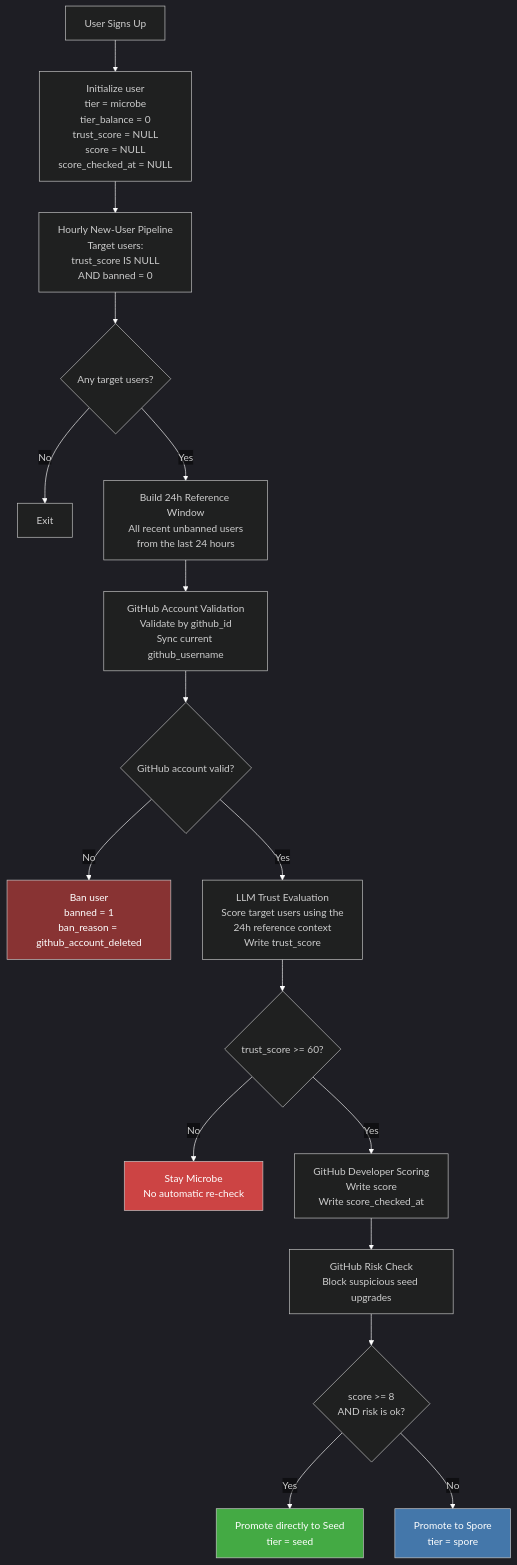
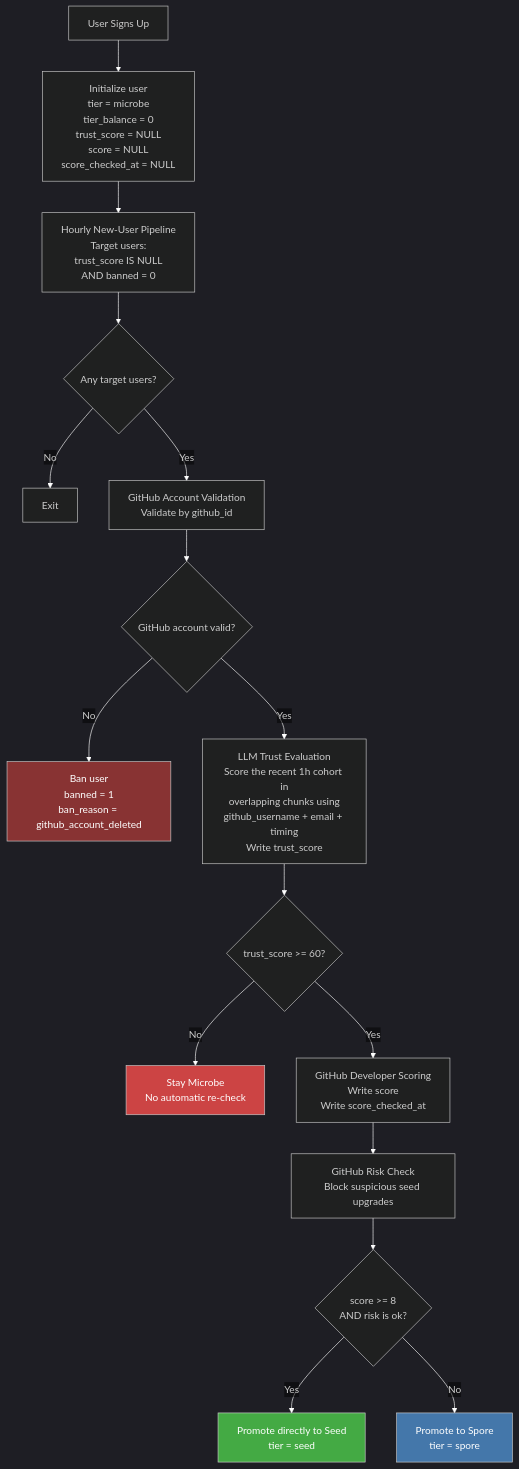
One commit to pollinations/pollinations changed the first of 2 diagrams in enter.pollinations.ai/scripts/user-pipeline/README.md. Above: the diagram before and after it, drawn with Mermaid. The commit also changed other lines of this file and 30 other files, not shown here.

````diff
--- a/enter.pollinations.ai/scripts/user-pipeline/README.md
+++ b/enter.pollinations.ai/scripts/user-pipeline/README.md
@@ -71,56 +63,52 @@
 ```mermaid
 %%{init: {'theme': 'dark', 'themeVariables': {'lineColor': '#ffffff', 'edgeLabelBackground': 'transparent'}}}%%
 flowchart TD
     A["User Signs Up"] --> B["Initialize user
 tier = microbe
 tier_balance = 0
 trust_score = NULL
 score = NULL
 score_checked_at = NULL"]
 
     B --> C["Hourly New-User Pipeline
 Target users:
 trust_score IS NULL
 AND banned = 0"]
 
     C --> D{"Any target users?"}
     D -->|No| E["Exit"]
-    D -->|Yes| F["Build 24h Reference Window
-All recent unbanned users
-from the last 24 hours"]
-
-    F --> G["GitHub Account Validation
-Validate by github_id
-Sync current github_username"]
+    D -->|Yes| G["GitHub Account Validation
+Validate by github_id"]
 
     G --> H{"GitHub account valid?"}
     H -->|No| I["Ban user
 banned = 1
 ban_reason = github_account_deleted"]
     H -->|Yes| J["LLM Trust Evaluation
-Score target users using the
-24h reference context
+Score the recent 1h cohort in
+overlapping chunks using
+github_username + email + timing
 Write trust_score"]
 
     J --> K{"trust_score >= 60?"}
     K -->|No| L["Stay Microbe
 No automatic re-check"]
     K -->|Yes| M["GitHub Developer Scoring
 Write score
 Write score_checked_at"]
 
     M --> N["GitHub Risk Check
 Block suspicious seed upgrades"]
 
     N --> O{"score >= 8
 AND risk is ok?"}
     O -->|Yes| P["Promote directly to Seed
 tier = seed"]
     O -->|No| Q["Promote to Spore
 tier = spore"]
 
     style I fill:#833,color:#fff
     style L fill:#c44,color:#fff
     style Q fill:#47a,color:#fff
     style P fill:#4a4,color:#fff
 ```
````
